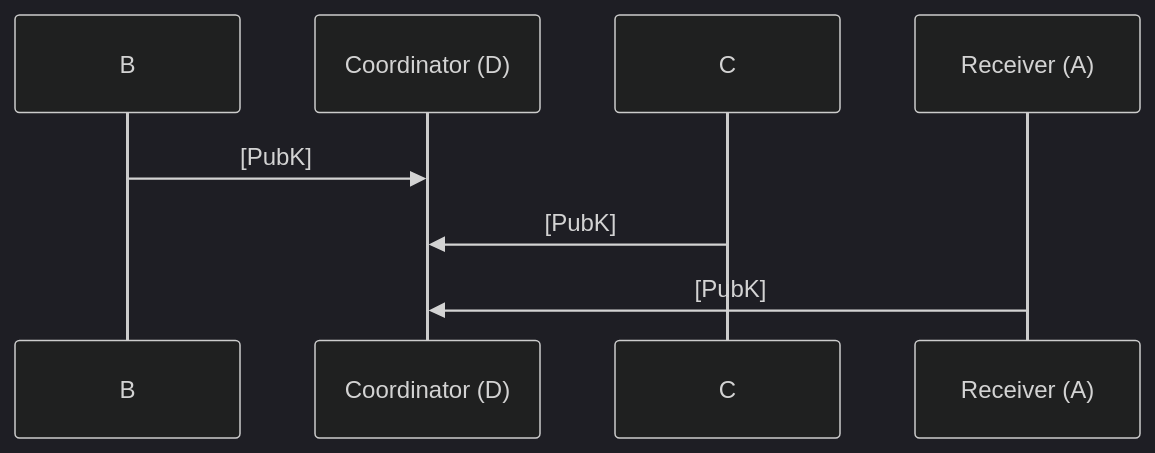
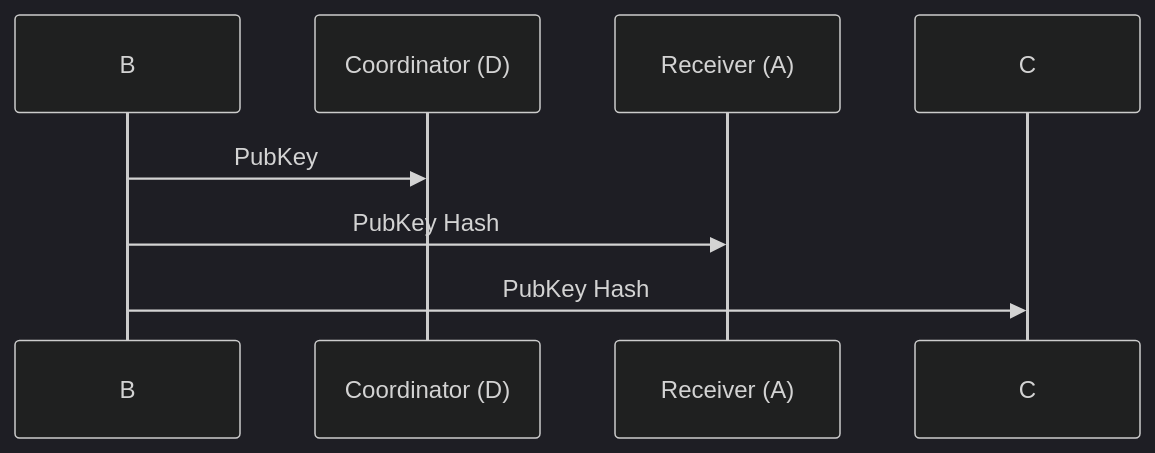
Before and after one commit to GEO-Protocol/specs-protocol: the tenth of 14 diagrams in transactions/transactions.md, drawn with Mermaid (dark theme). The commit also changed other lines of this file, not shown here.

````diff
--- a/transactions/transactions.md
+++ b/transactions/transactions.md
@@ -531,6 +541,6 @@
 ```mermaid
 sequenceDiagram
-    B->>Coordinator (D): [PubK]
-    C->>Coordinator (D): [PubK]
-    Receiver (A)->>Coordinator (D): [PubK]
+    B->>Coordinator (D): PubKey
+    B->>Receiver (A): PubKey Hash
+    B->>C: PubKey Hash
 ```
````
